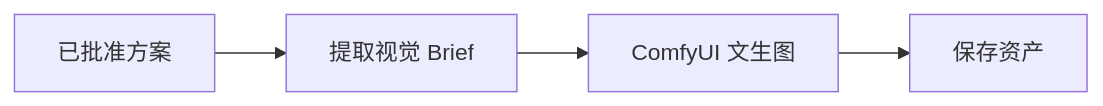
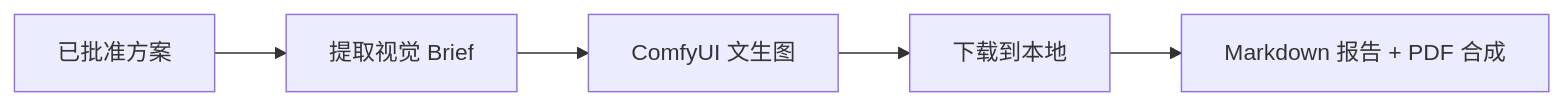
One commit to IsGodmini/muti-agents-projects changed the diagram in docs/06-模型接入与提示词策略.md. Above: the diagram before and after it, drawn with Mermaid. The commit also changed other lines of this file and 12 other files, not shown here.

````diff
--- a/docs/06-模型接入与提示词策略.md
+++ b/docs/06-模型接入与提示词策略.md
@@ -92,6 +100,7 @@
 ```mermaid
 flowchart LR
     P["已批准方案"] --> B["提取视觉 Brief"]
     B --> G["ComfyUI 文生图"]
-    G --> A["保存资产"]
+    G --> A["下载到本地"]
+    A --> R["Markdown 报告 + PDF 合成"]
 ```
````
